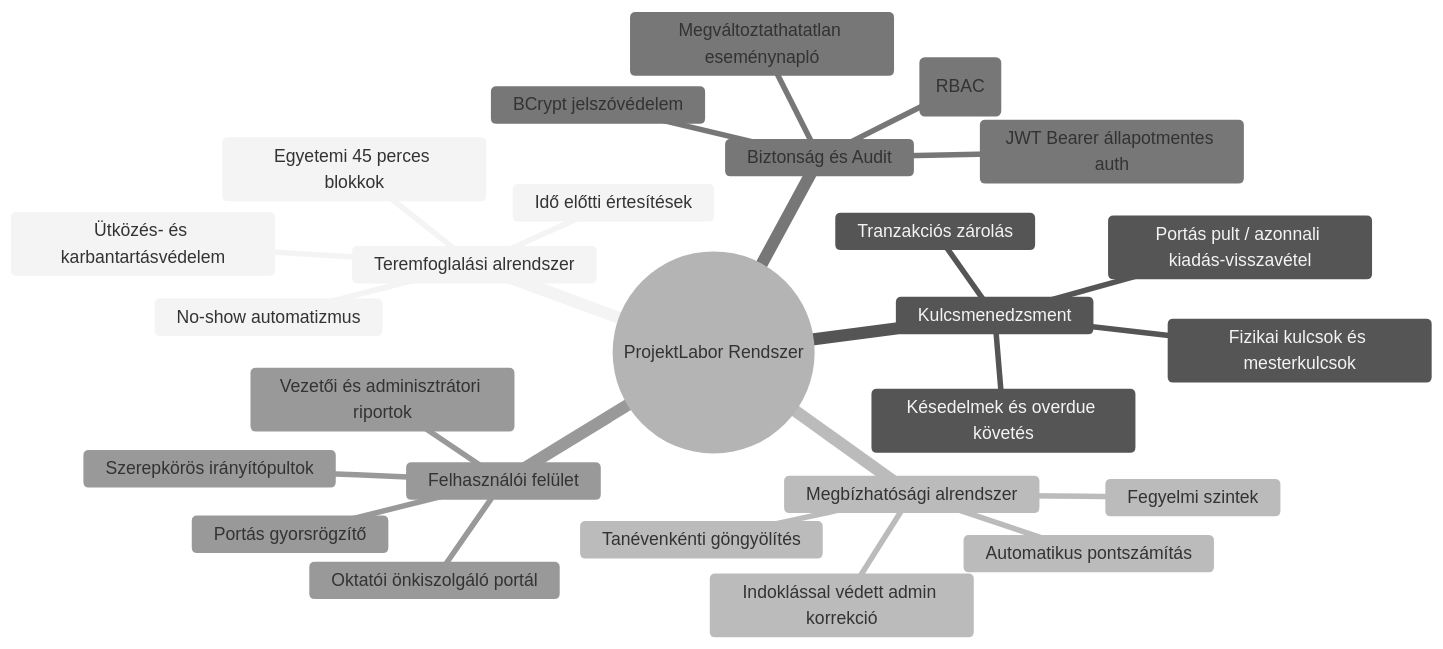
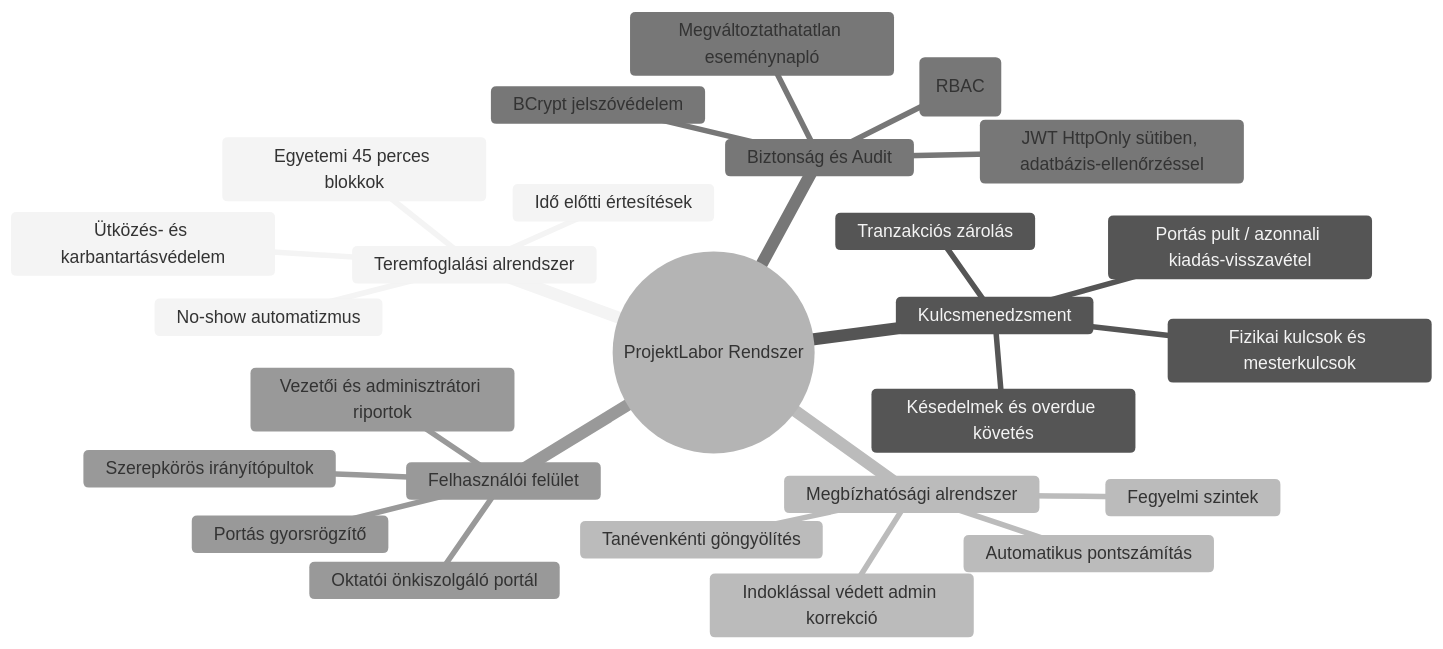
One commit to CsKitti24/ProjektLabor changed the first of 4 diagrams in projektterv.md. Above: the diagram before and after it, drawn with Mermaid (neutral theme). The commit also changed other lines of this file and 3 other files, not shown here.

````diff
--- a/projektterv.md
+++ b/projektterv.md
@@ -26,29 +26,29 @@
 ```mermaid
 mindmap
   root((ProjektLabor Rendszer))
     Teremfoglalási alrendszer
       Egyetemi 45 perces blokkok
       Ütközés- és karbantartásvédelem
       No-show automatizmus
       Idő előtti értesítések
     Kulcsmenedzsment
       Fizikai kulcsok és mesterkulcsok
       Portás pult / azonnali kiadás-visszavétel
       Tranzakciós zárolás
       Késedelmek és overdue követés
     Megbízhatósági alrendszer
       Automatikus pontszámítás
       Tanévenkénti göngyölítés
       Fegyelmi szintek
       Indoklással védett admin korrekció
     Biztonság és Audit
       BCrypt jelszóvédelem
-      JWT Bearer állapotmentes auth
+      JWT HttpOnly sütiben, adatbázis-ellenőrzéssel
       Szerepkör-alapú jogosultságok (RBAC)
       Megváltoztathatatlan eseménynapló
     Felhasználói felület
       Szerepkörös irányítópultok
       Oktatói önkiszolgáló portál
       Portás gyorsrögzítő
       Vezetői és adminisztrátori riportok
 ```
````
